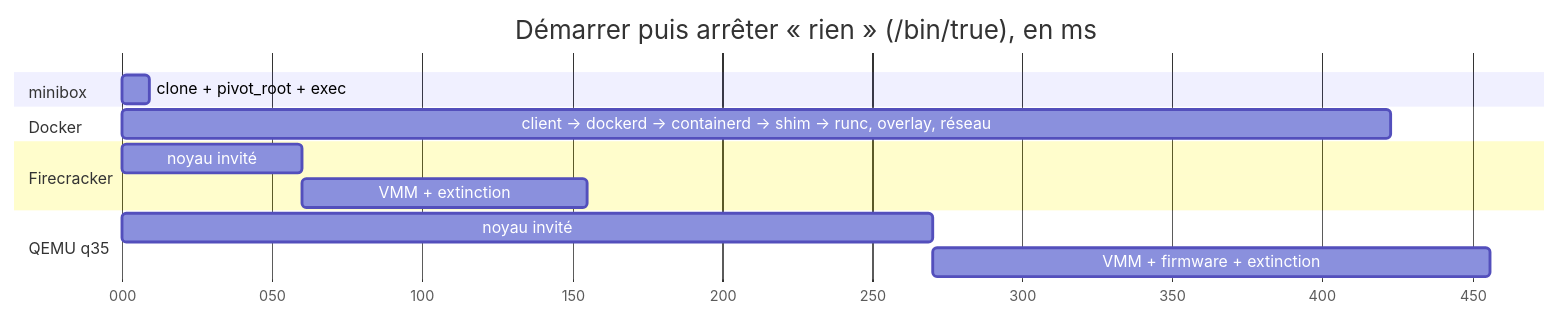
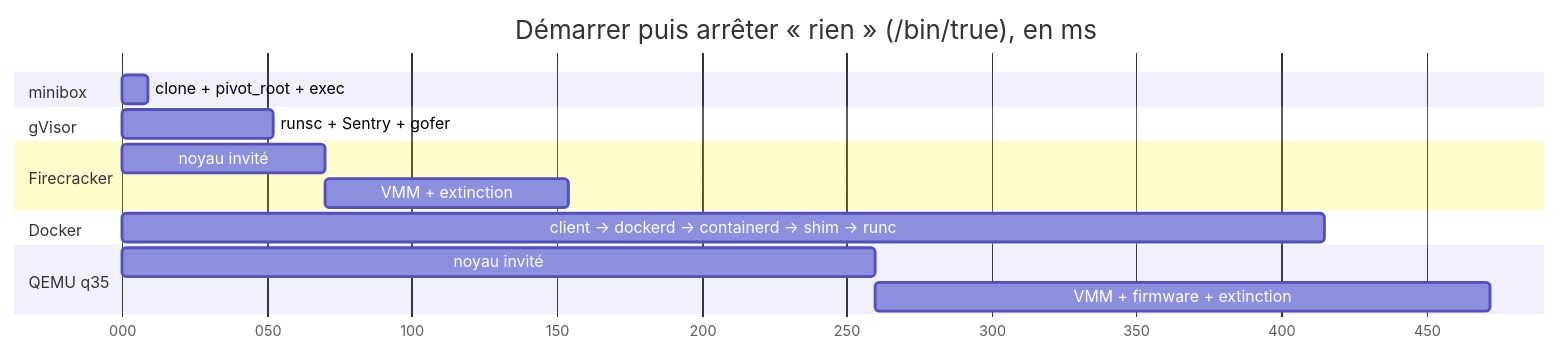
The third of 5 diagrams in FICHE.md (CrazzyBuilds/spectre-isolation), drawn with Mermaid before and after one commit. The commit also changed other lines of this file and 3 other files, not shown here.

Commit message:
Niveau gVisor (runsc rootless, bundle OCI), mémoire anon + shmem, fiche à six niveaux

````diff
--- a/FICHE.md
+++ b/FICHE.md
@@ -116,16 +140,18 @@
 ```mermaid
 gantt
     title Démarrer puis arrêter « rien » (/bin/true), en ms
     dateFormat x
     axisFormat %L
     section minibox
     clone + pivot_root + exec      :0, 9
+    section gVisor
+    runsc + Sentry + gofer         :0, 52
+    section Firecracker
+    noyau invité                   :0, 70
+    VMM + extinction               :70, 154
     section Docker
-    client → dockerd → containerd → shim → runc, overlay, réseau :0, 423
-    section Firecracker
-    noyau invité                   :0, 60
-    VMM + extinction               :60, 155
+    client → dockerd → containerd → shim → runc :0, 415
     section QEMU q35
-    noyau invité                   :0, 270
-    VMM + firmware + extinction    :270, 456
+    noyau invité                   :0, 260
+    VMM + firmware + extinction    :260, 472
 ```
````
